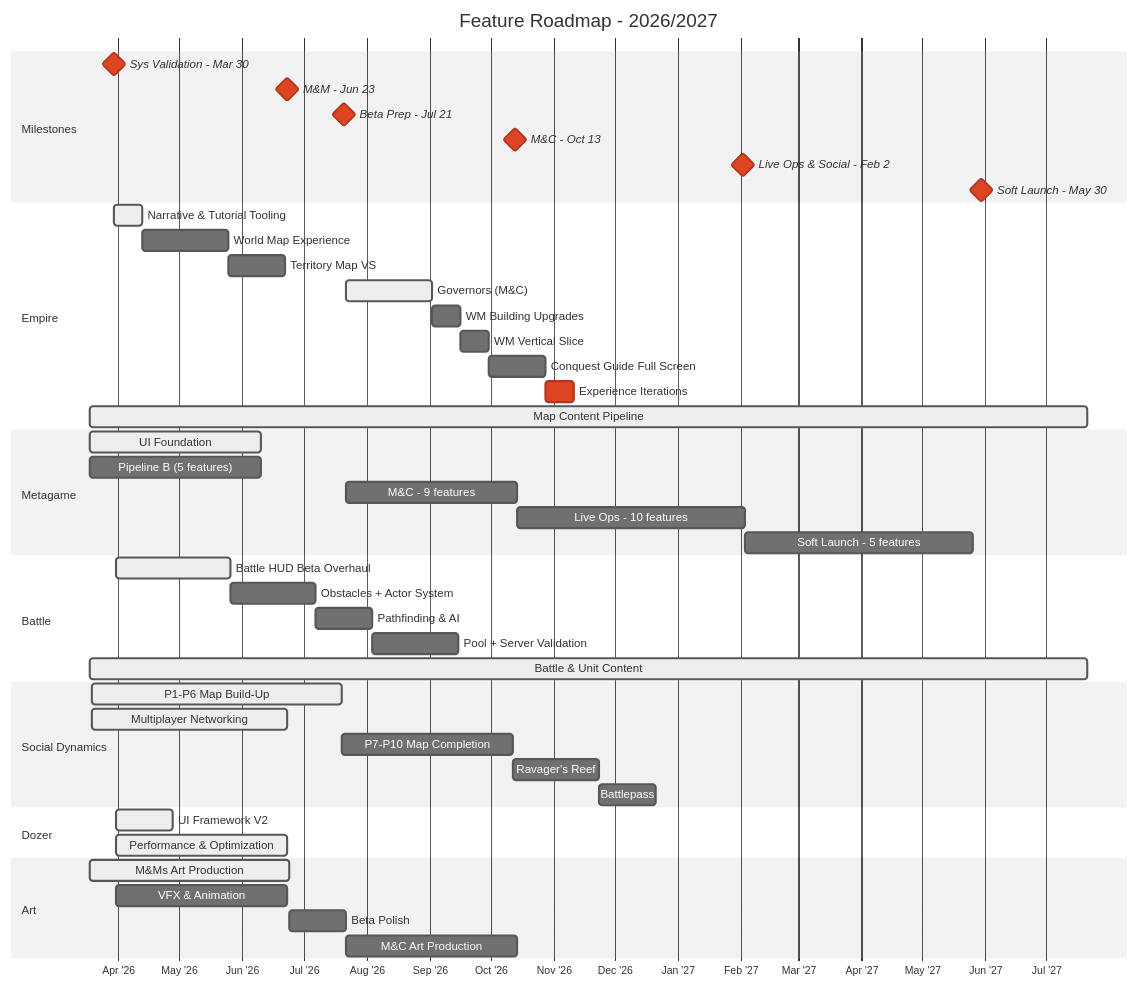
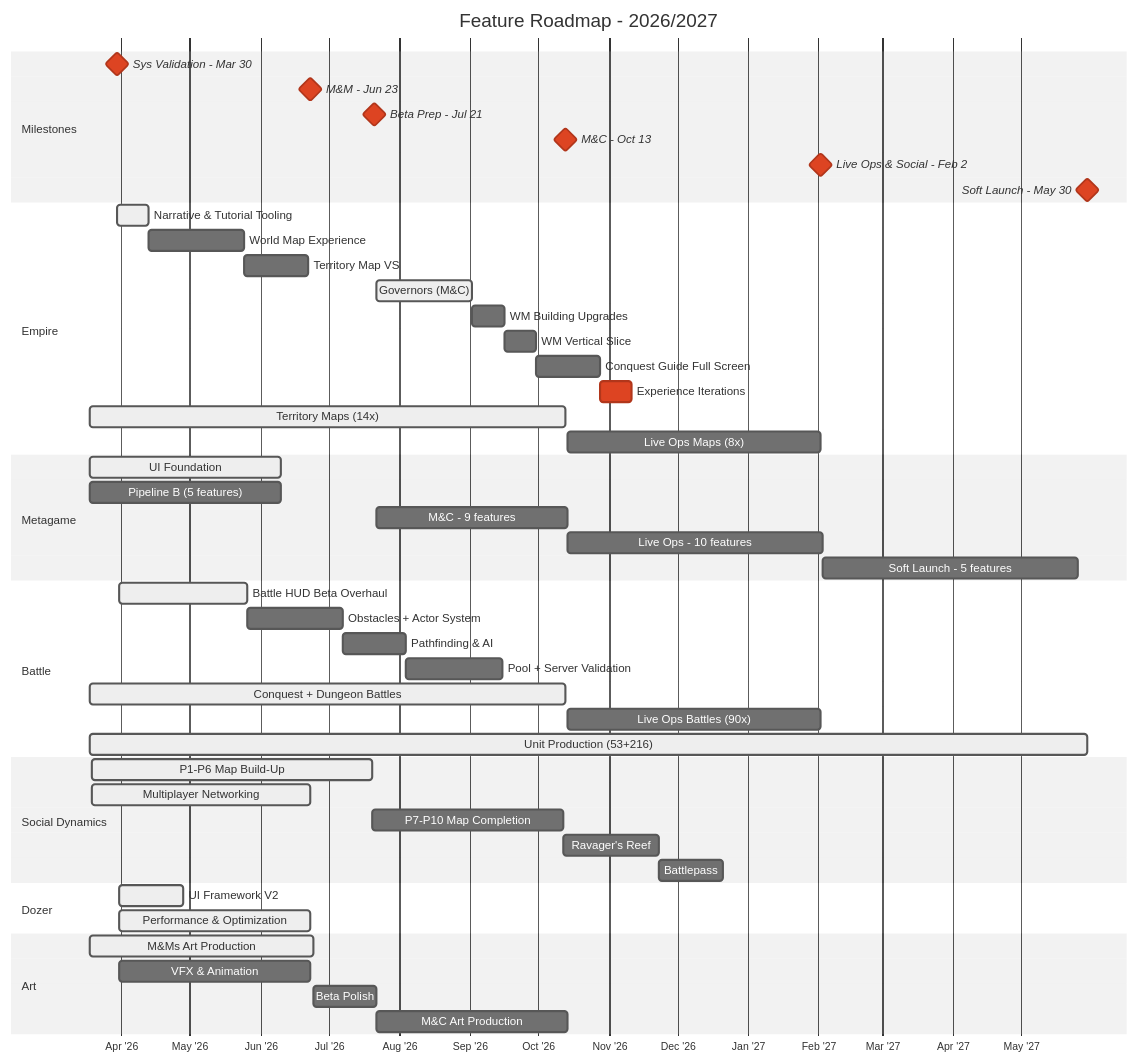
One commit to timwilliams-prod/proj-chimera-documentation-brain changed the diagram in generated/roadmap.md. Above: the diagram before and after it, drawn with Mermaid (neutral theme). The commit also changed other lines of this file and 5 other files, not shown here.

Commit message:
Roadmap updates

````diff
--- a/generated/roadmap.md
+++ b/generated/roadmap.md
@@ -16,57 +16,60 @@
 ```mermaid
 gantt
     title Feature Roadmap - 2026/2027
     dateFormat YYYY-MM-DD
     axisFormat %b '%y
     tickInterval 1month
 
     section Milestones
     Sys Validation - Mar 30   :crit, milestone, 2026-03-30, 0d
     M&M - Jun 23              :crit, milestone, 2026-06-23, 0d
     Beta Prep - Jul 21        :crit, milestone, 2026-07-21, 0d
     M&C - Oct 13              :crit, milestone, 2026-10-13, 0d
     Live Ops & Social - Feb 2 :crit, milestone, 2027-02-02, 0d
     Soft Launch - May 30      :crit, milestone, 2027-05-30, 0d
 
     section Empire
     Narrative & Tutorial Tooling :active,  emp1, 2026-03-30, 14d
     World Map Experience       :         emp2, after emp1, 42d
     Territory Map VS           :         emp3, after emp2, 28d
     Governors (M&C)            :active,  emp4, 2026-07-22, 42d
     WM Building Upgrades       :         emp5, after emp4, 14d
     WM Vertical Slice          :         emp6, after emp5, 14d
     Conquest Guide Full Screen :         emp7, after emp6, 28d
     Experience Iterations      :crit,    emp8, after emp7, 14d
-    Map Content Pipeline       :active,  emp_content, 2026-03-18, 490d
+    Territory Maps (14x)       :active,  emp_tm, 2026-03-18, 2026-10-13
+    Live Ops Maps (8x)         :         emp_lm, 2026-10-14, 2027-02-02
 
     section Metagame
     UI Foundation              :active, meta_a, 2026-03-18, 84d
     Pipeline B (5 features)    :        meta_b, 2026-03-18, 84d
     M&C - 9 features           :        meta_mc, 2026-07-22, 84d
     Live Ops - 10 features     :        meta_lo, 2026-10-14, 112d
     Soft Launch - 5 features   :        meta_sl, 2027-02-03, 112d
 
     section Battle
     Battle HUD Beta Overhaul   :active,  bat1, 2026-03-31, 56d
     Obstacles + Actor System   :         bat2, after bat1, 42d
     Pathfinding & AI           :         bat4, after bat2, 28d
     Pool + Server Validation   :         bat5, after bat4, 42d
-    Battle & Unit Content      :active,  bat_content, 2026-03-18, 490d
+    Conquest + Dungeon Battles :active,  bat_cb, 2026-03-18, 2026-10-13
+    Live Ops Battles (90x)     :         bat_lb, 2026-10-14, 2027-02-02
+    Unit Production (53+216)   :active,  bat_units, 2026-03-18, 2027-05-30
 
     section Social Dynamics
     P1-P6 Map Build-Up         :active,  soc1, 2026-03-19, 2026-07-20
     Multiplayer Networking     :active,  soc_net, 2026-03-19, 2026-06-23
     P7-P10 Map Completion      :         soc2, after soc1, 84d
     Ravager's Reef             :         soc_rr, after soc2, 42d
     Battlepass                 :         soc_bp, after soc_rr, 28d
 
     section Dozer
     UI Framework V2            :active,  doz1, 2026-03-31, 28d
     Performance & Optimization :active,  doz2, 2026-03-31, 84d
 
     section Art
     M&Ms Art Production        :active,  art1, 2026-03-18, 98d
     VFX & Animation            :         art4, 2026-03-31, 84d
     Beta Polish                :         art_bp, 2026-06-24, 28d
     M&C Art Production         :         art5, 2026-07-22, 84d
 ```
````
